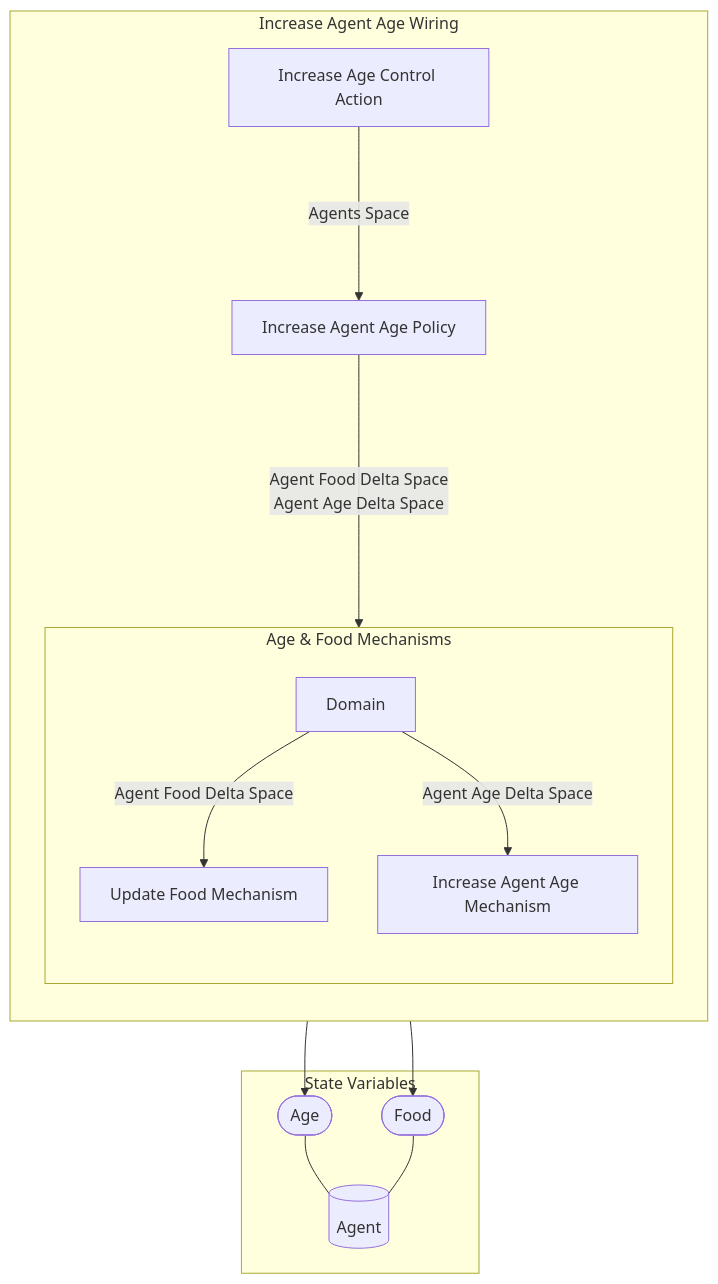
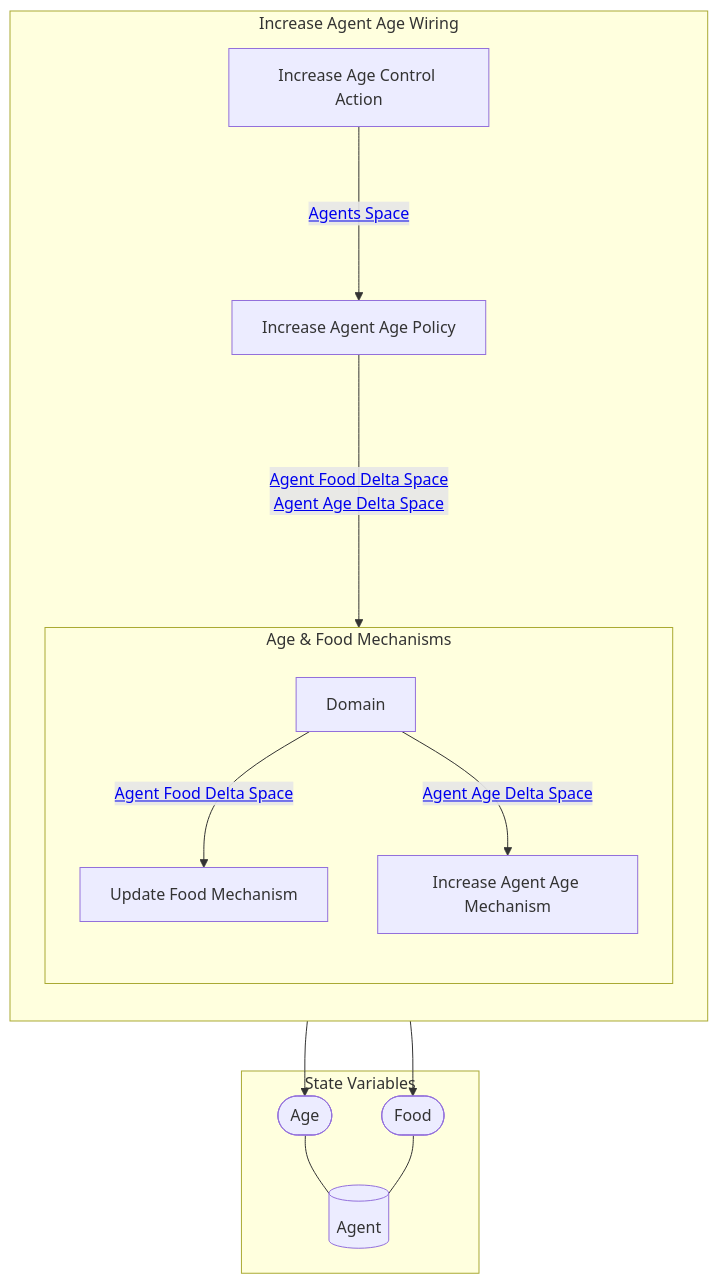
The second of 2 diagrams in reports/obsidian/Wiring/Increase Agent Age Wiring.md (BlockScience/Predator-Prey-MSML), drawn with Mermaid before and after one commit. The commit also changed other lines of this file and 48 other files, not shown here.

````diff
--- a/reports/obsidian/Wiring/Increase Agent Age Wiring.md
+++ b/reports/obsidian/Wiring/Increase Agent Age Wiring.md
@@ -35,40 +35,40 @@
 ```mermaid
 graph TB
 
 subgraph SVS["State Variables"]
 EE0[("Agent")]
 EES0(["Age"])
 EES0 --- EE0
 EES1(["Food"])
 EES1 --- EE0
 end
 
 subgraph X8["Increase Agent Age Wiring"]
 direction TB
 X1["Increase Age Control Action"]
 X2["Increase Agent Age Policy"]
 subgraph X7["Age & Food Mechanisms"]
 direction TB
 X3["Update Food Mechanism"]
 X3 --> EES1
 X4["Increase Agent Age Mechanism"]
 X4 --> EES0
 X5[Domain]
 
 direction LR
 direction TB
-X5 --"Agent Food Delta Space"--> X3
-X5 --"Agent Age Delta Space"--> X4
+X5 --"<a href='Agent Food Delta Space' class=internal-link>Agent Food Delta Space</a>"--> X3
+X5 --"<a href='Agent Age Delta Space' class=internal-link>Agent Age Delta Space</a>"--> X4
 end
-X1--"Agents Space"--->X2
-X2--"Agent Food Delta Space
-Agent Age Delta Space"---->X7
+X1--"<a href='Agents Space' class=internal-link>Agents Space</a>"--->X2
+X2--"<a href='Agent Food Delta Space' class=internal-link>Agent Food Delta Space</a>
+<a href='Agent Age Delta Space' class=internal-link>Agent Age Delta Space</a>"---->X7
 end
 class X1 internal-link;
 class X2 internal-link;
 class X3 internal-link;
 class X4 internal-link;
 class X6 internal-link;
 class EE0 internal-link;
 
 ```
````
